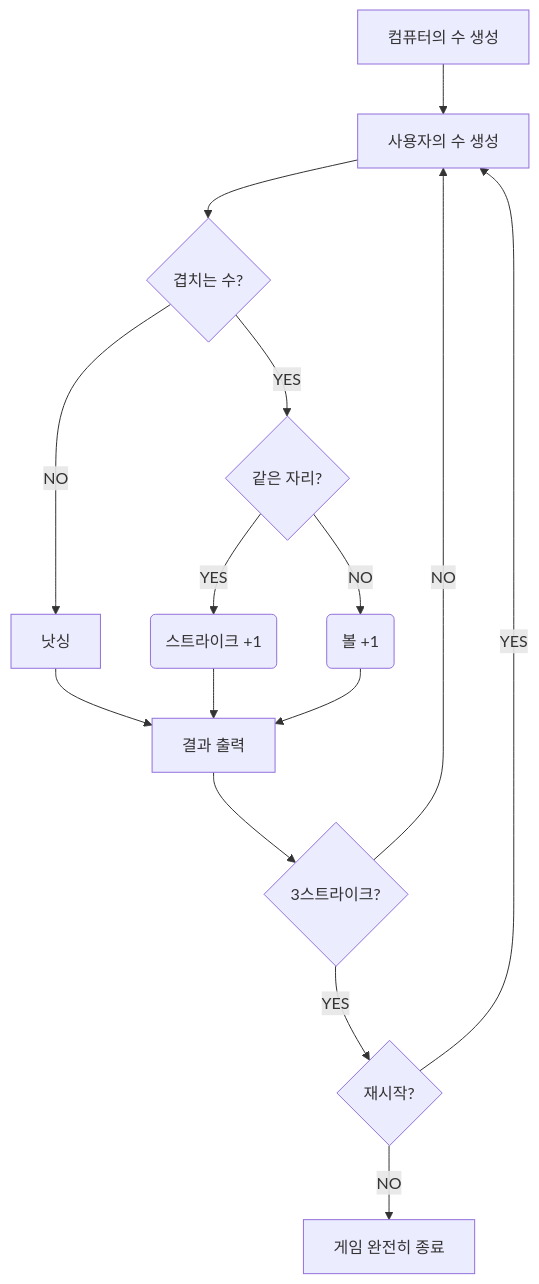
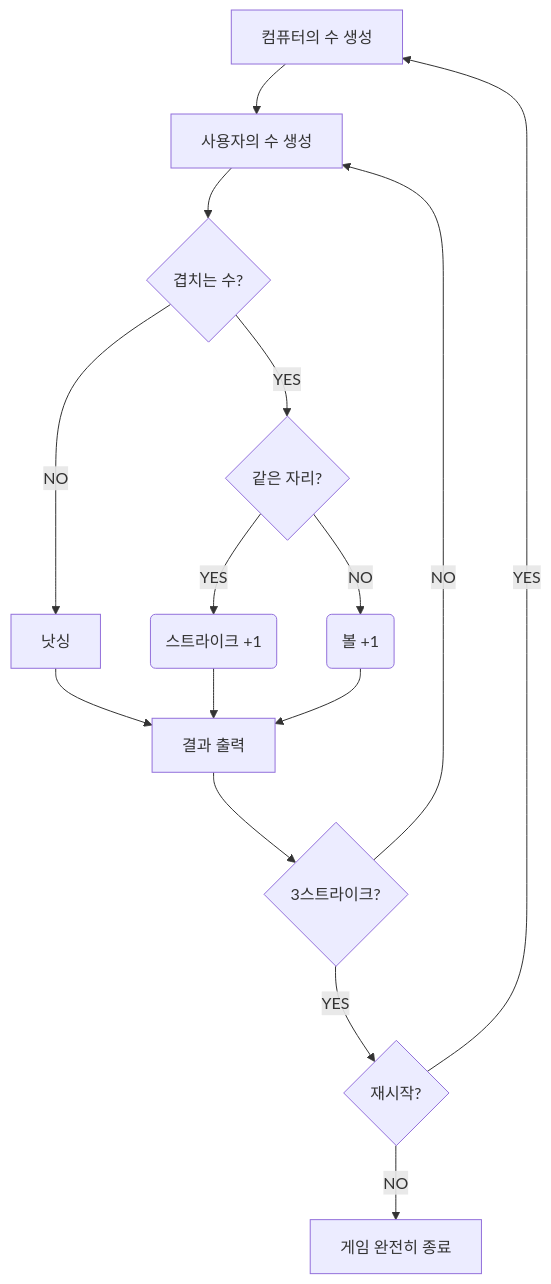
One commit to woowacourse-precourse/java-baseball changed the diagram in docs/README.md. Above: the diagram before and after it, drawn with Mermaid. The commit also changed 1 other file, not shown here.

Commit message:
docs: 게임 플로우차트 수정

````diff
--- a/docs/README.md
+++ b/docs/README.md
@@ -3,17 +3,17 @@
 ```mermaid
 graph TD
 A[컴퓨터의 수 생성] --> B[사용자의 수 생성]
 B --> C{겹치는 수?}
 C --> |YES| D{같은 자리?}
 C --> |NO| E[낫싱]
 D --> |YES| F(스트라이크 +1)
 D --> |NO| G(볼 +1)
 E --> H[결과 출력]
 F --> H 
 G --> H
 H --> I{3스트라이크?}
 I --> |YES| J{재시작?}
 I --> |NO| B
-J --> |YES| B
+J --> |YES| A
 J --> |NO| K[게임 완전히 종료]
 ```
````
